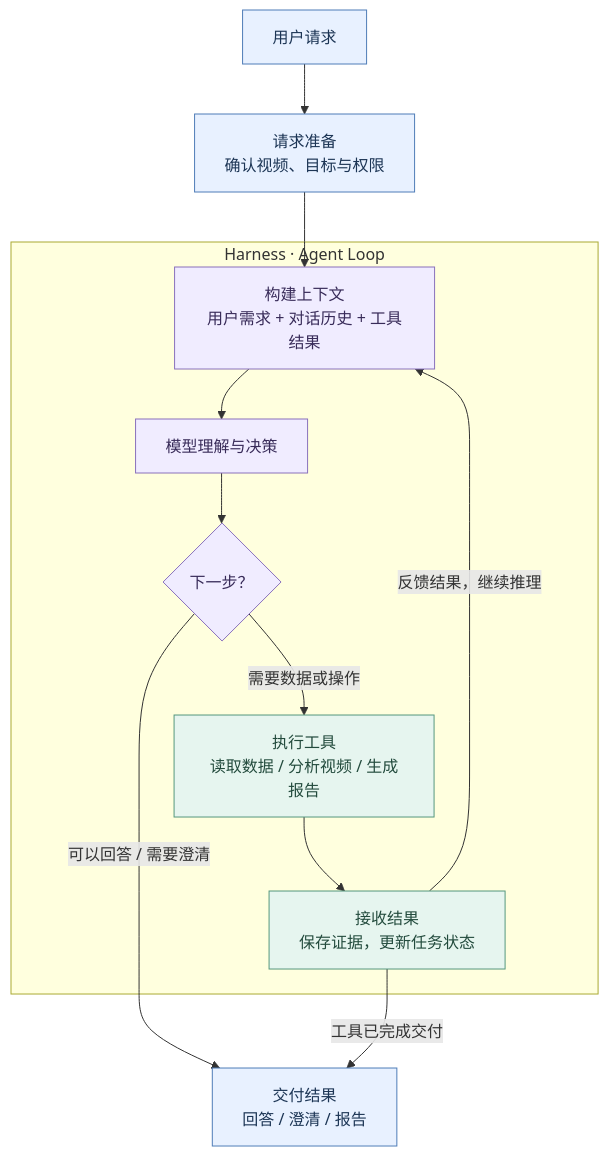
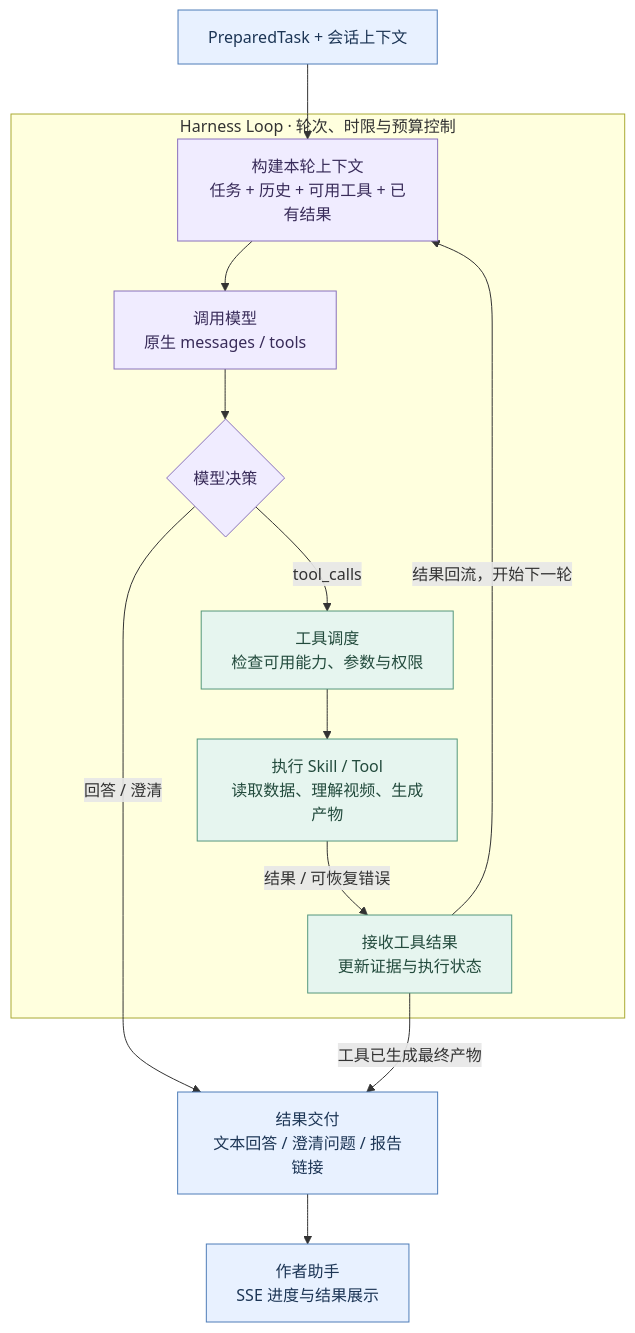
The third of 3 diagrams in README.md (blackirlsama/Tianmu), drawn with Mermaid before and after one commit. The commit also changed other lines of this file, not shown here.

Commit message:
docs: explain agent preparation and harness loop in separate diagrams

````diff
--- a/README.md
+++ b/README.md
@@ -112,29 +140,31 @@
 ```mermaid
 flowchart TB
-    Request["用户请求"] --> Prepare["请求准备<br/>确认视频、目标与权限"]
-    Prepare --> Context
+    Task["PreparedTask + 会话上下文"] --> Context
 
-    subgraph Loop["Harness · Agent Loop"]
-        Context["构建上下文<br/>用户需求 + 对话历史 + 工具结果"]
-        Model["模型理解与决策"]
-        Decision{"下一步？"}
-        Tools["执行工具<br/>读取数据 / 分析视频 / 生成报告"]
-        Observation["接收结果<br/>保存证据，更新任务状态"]
+    subgraph Loop["Harness Loop · 轮次、时限与预算控制"]
+        Context["构建本轮上下文<br/>任务 + 历史 + 可用工具 + 已有结果"]
+        Model["调用模型<br/>原生 messages / tools"]
+        Decision{"模型决策"}
+        Tools["工具调度<br/>检查可用能力、参数与权限"]
+        Execute["执行 Skill / Tool<br/>读取数据、理解视频、生成产物"]
+        Observation["接收工具结果<br/>更新证据与执行状态"]
 
         Context --> Model
         Model --> Decision
-        Decision -->|需要数据或操作| Tools
-        Tools --> Observation
-        Observation -->|反馈结果，继续推理| Context
+        Decision -->|tool_calls| Tools
+        Tools --> Execute
+        Execute -->|结果 / 可恢复错误| Observation
+        Observation -->|结果回流，开始下一轮| Context
     end
 
-    Decision -->|可以回答 / 需要澄清| Delivery["交付结果<br/>回答 / 澄清 / 报告"]
-    Observation -->|工具已完成交付| Delivery
+    Decision -->|回答 / 澄清| Delivery["结果交付<br/>文本回答 / 澄清问题 / 报告链接"]
+    Observation -->|工具已生成最终产物| Delivery
+    Delivery --> Client["作者助手<br/>SSE 进度与结果展示"]
 
     classDef core fill:#f0ecff,stroke:#8971bc,color:#382b59
     classDef tool fill:#e6f5ef,stroke:#55977d,color:#234b3d
     classDef result fill:#e8f1ff,stroke:#4f7db8,color:#1c3555
     class Context,Model,Decision core
-    class Tools,Observation tool
-    class Request,Prepare,Delivery result
+    class Tools,Execute,Observation tool
+    class Task,Delivery,Client result
 ```
````
